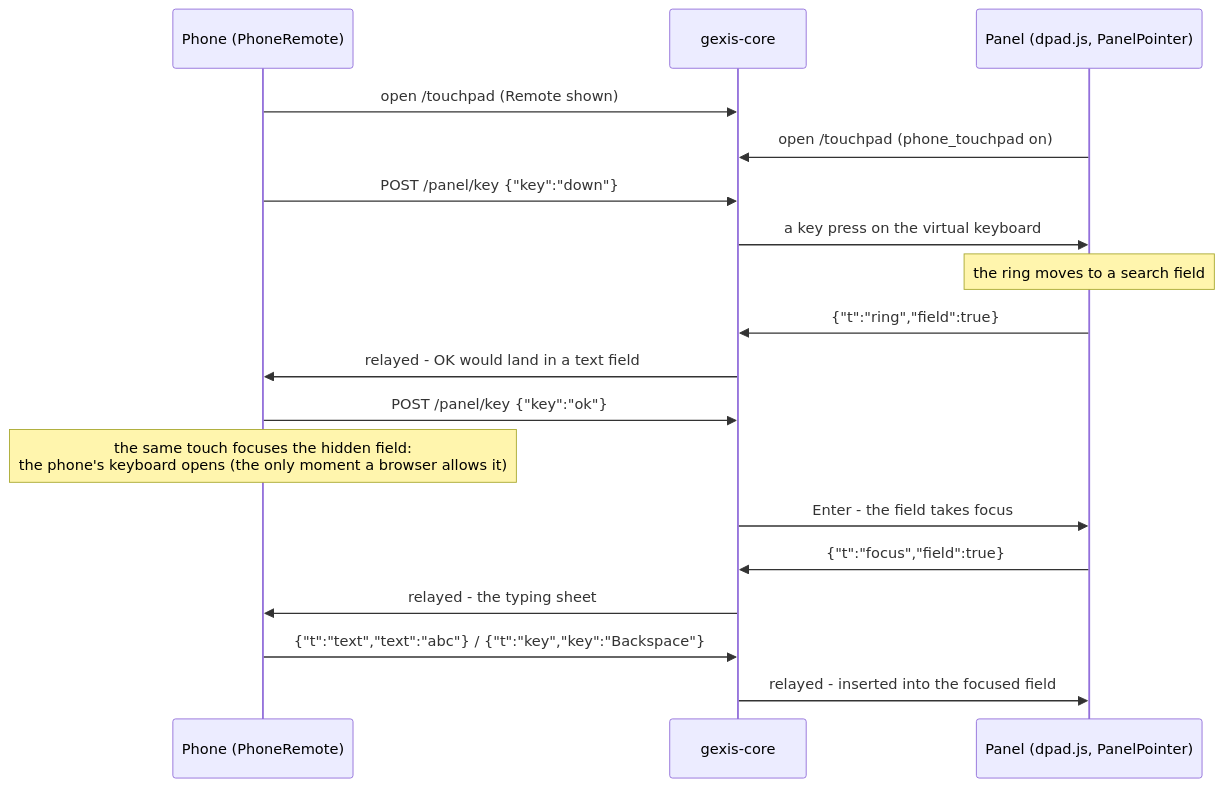
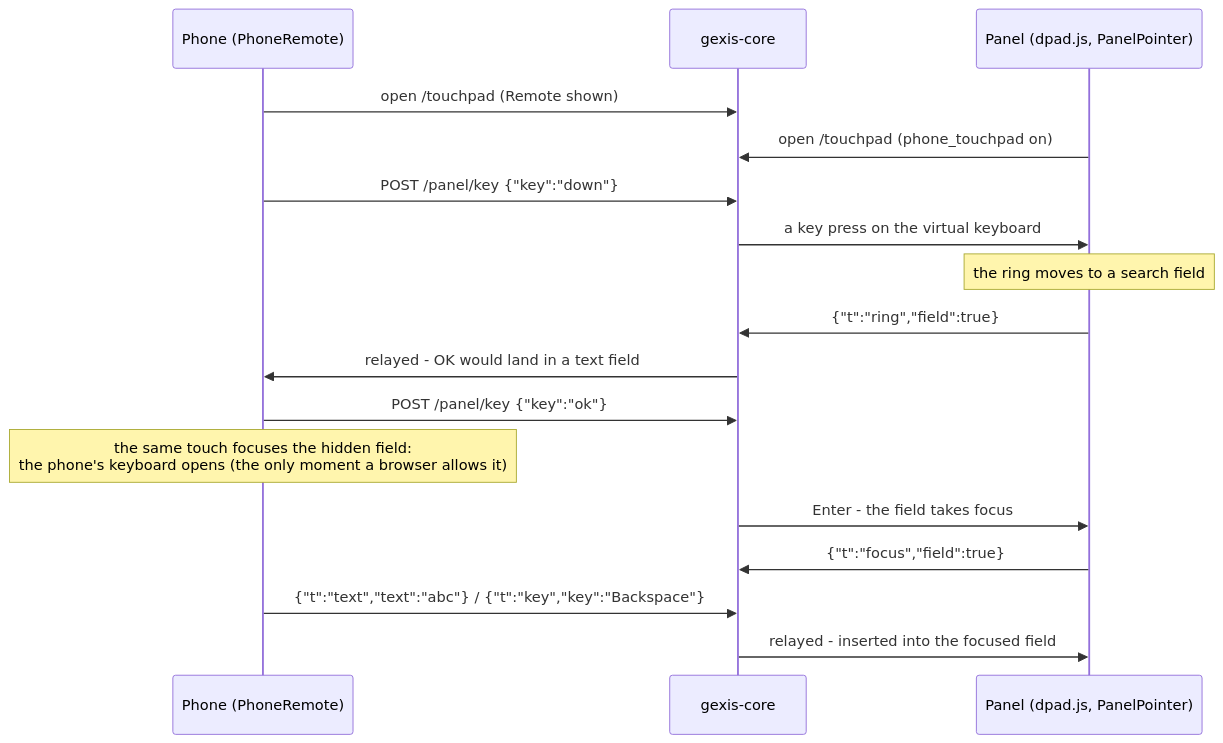
The sixth of 7 diagrams in docs/tech/ui.md (gcarstoiu/gexis-player), drawn with Mermaid before and after one commit. The commit also changed other lines of this file and 10 other files, not shown here.

````diff
--- a/docs/tech/ui.md
+++ b/docs/tech/ui.md
@@ -555,21 +563,20 @@
 ```mermaid
 sequenceDiagram
   participant Ph as Phone (PhoneRemote)
   participant C as gexis-core
   participant P as Panel (dpad.js, PanelPointer)
 
   Ph->>C: open /touchpad (Remote shown)
   P->>C: open /touchpad (phone_touchpad on)
   Ph->>C: POST /panel/key {"key":"down"}
   C->>P: a key press on the virtual keyboard
   Note over P: the ring moves to a search field
   P->>C: {"t":"ring","field":true}
   C->>Ph: relayed - OK would land in a text field
   Ph->>C: POST /panel/key {"key":"ok"}
   Note over Ph: the same touch focuses the hidden field:<br/>the phone's keyboard opens (the only moment a browser allows it)
   C->>P: Enter - the field takes focus
   P->>C: {"t":"focus","field":true}
-  C->>Ph: relayed - the typing sheet
   Ph->>C: {"t":"text","text":"abc"} / {"t":"key","key":"Backspace"}
   C->>P: relayed - inserted into the focused field
 ```
````
